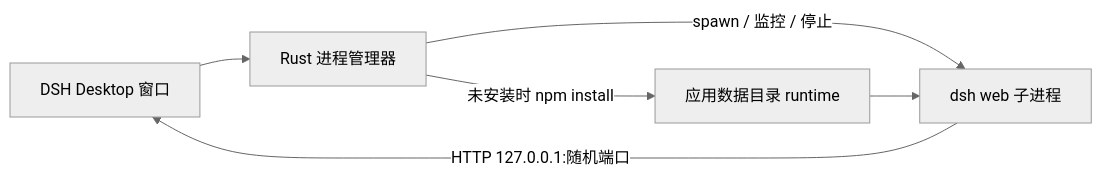
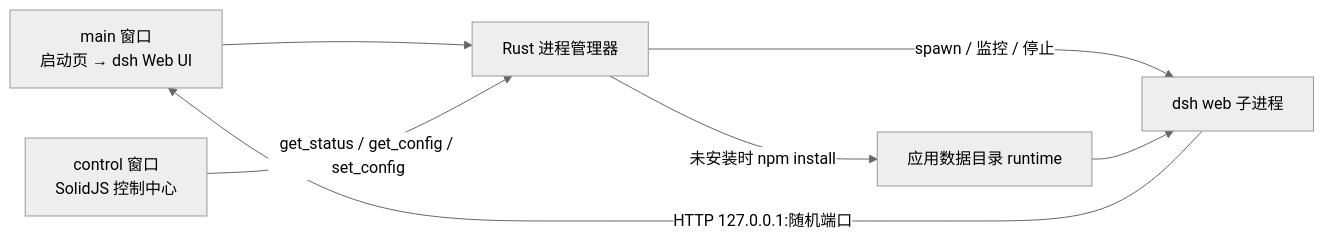
The diagram in README.md (NoelOrin/dsh-desktop), drawn with Mermaid (neutral theme) before and after one commit. The commit also changed other lines of this file and 8 other files, not shown here.

````diff
--- a/README.md
+++ b/README.md
@@ -28,8 +29,9 @@
 ```mermaid
 flowchart LR
-  A[DSH Desktop 窗口] --> B[Rust 进程管理器]
+  A[main 窗口<br/>启动页 → dsh Web UI] --> B[Rust 进程管理器]
   B -->|spawn / 监控 / 停止| C[dsh web 子进程]
   C -->|HTTP 127.0.0.1:随机端口| A
   B -->|未安装时 npm install| D[应用数据目录 runtime]
   D --> C
+  E[control 窗口<br/>SolidJS 控制中心] -->|get_status / get_config / set_config| B
 ```
````
